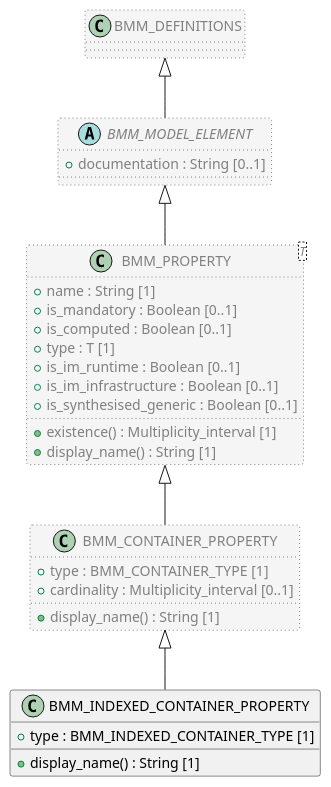
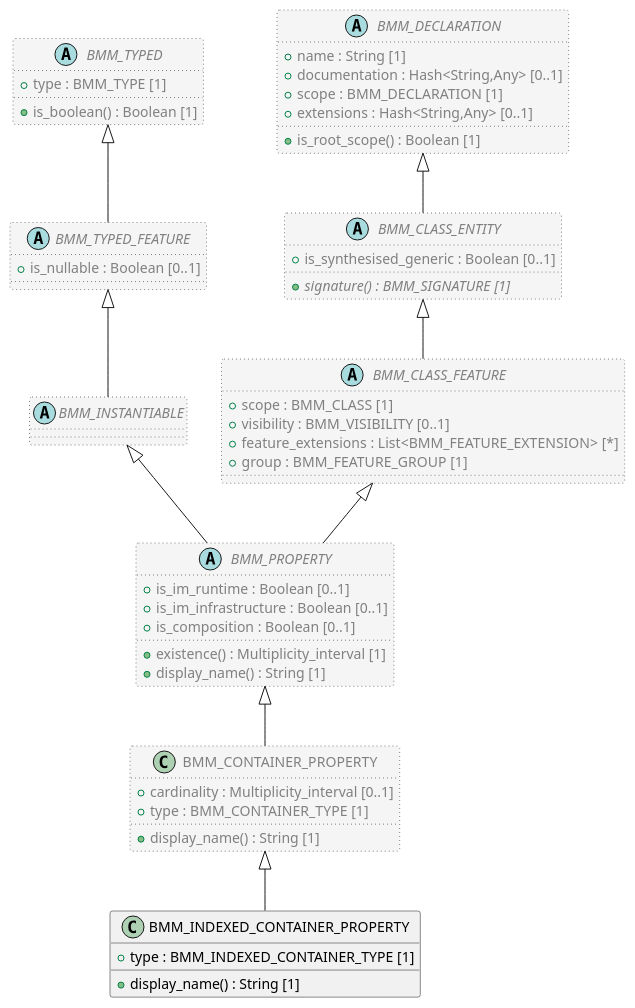
Before and after one commit to sebastian-iancu/code-generator: the diagram in code/Adoc/openehr_lang_1.0.0/plantUML/classes/org.openehr.lang.bmm.bmm_indexed_container_property.adoc, drawn with PlantUML. The commit also changed 719 other files, not shown here.

```diff
--- a/code/Adoc/openehr_lang_1.0.0/plantUML/classes/org.openehr.lang.bmm.bmm_indexed_container_property.adoc
+++ b/code/Adoc/openehr_lang_1.0.0/plantUML/classes/org.openehr.lang.bmm.bmm_indexed_container_property.adoc
@@ -1,45 +1,74 @@
 [plantuml,BMM_INDEXED_CONTAINER_PROPERTY,format=svg,svg-type="inline"]
 -----
 @startuml
 
 class BMM_INDEXED_CONTAINER_PROPERTY {
   + type : BMM_INDEXED_CONTAINER_TYPE [1]
   + display_name() : String [1]
 }
 
 class BMM_CONTAINER_PROPERTY  #whitesmoke;line:gray;line.dotted;text:gray {
+  + cardinality : Multiplicity_interval [0..1]
   + type : BMM_CONTAINER_TYPE [1]
-  + cardinality : Multiplicity_interval [0..1]
   + display_name() : String [1]
 }
 
-class BMM_PROPERTY <T>  #whitesmoke;line:gray;line.dotted;text:gray {
-  + name : String [1]
-  + is_mandatory : Boolean [0..1]
-  + is_computed : Boolean [0..1]
-  + type : T [1]
+abstract class BMM_PROPERTY  #whitesmoke;line:gray;line.dotted;text:gray {
   + is_im_runtime : Boolean [0..1]
   + is_im_infrastructure : Boolean [0..1]
-  + is_synthesised_generic : Boolean [0..1]
+  + is_composition : Boolean [0..1]
   + existence() : Multiplicity_interval [1]
   + display_name() : String [1]
 }
 
-abstract class BMM_MODEL_ELEMENT  #whitesmoke;line:gray;line.dotted;text:gray {
-  + documentation : String [0..1]
+abstract class BMM_INSTANTIABLE  #whitesmoke;line:gray;line.dotted;text:gray {
 }
 
-class BMM_DEFINITIONS  #whitesmoke;line:gray;line.dotted;text:gray {
+abstract class BMM_TYPED_FEATURE  #whitesmoke;line:gray;line.dotted;text:gray {
+  + is_nullable : Boolean [0..1]
 }
 
-BMM_DEFINITIONS <|-- BMM_MODEL_ELEMENT
+abstract class BMM_TYPED  #whitesmoke;line:gray;line.dotted;text:gray {
+  + type : BMM_TYPE [1]
+  + is_boolean() : Boolean [1]
+}
 
-BMM_MODEL_ELEMENT <|-- BMM_PROPERTY
+BMM_TYPED <|-- BMM_TYPED_FEATURE
+
+BMM_TYPED_FEATURE <|-- BMM_INSTANTIABLE
+
+BMM_INSTANTIABLE <|-- BMM_PROPERTY
+
+abstract class BMM_CLASS_FEATURE  #whitesmoke;line:gray;line.dotted;text:gray {
+  + scope : BMM_CLASS [1]
+  + visibility : BMM_VISIBILITY [0..1]
+  + feature_extensions : List<BMM_FEATURE_EXTENSION> [*]
+  + group : BMM_FEATURE_GROUP [1]
+}
+
+abstract class BMM_CLASS_ENTITY  #whitesmoke;line:gray;line.dotted;text:gray {
+  + is_synthesised_generic : Boolean [0..1]
+  + {abstract} signature() : BMM_SIGNATURE [1]
+}
+
+abstract class BMM_DECLARATION  #whitesmoke;line:gray;line.dotted;text:gray {
+  + name : String [1]
+  + documentation : Hash<String,Any> [0..1]
+  + scope : BMM_DECLARATION [1]
+  + extensions : Hash<String,Any> [0..1]
+  + is_root_scope() : Boolean [1]
+}
+
+BMM_DECLARATION <|-- BMM_CLASS_ENTITY
+
+BMM_CLASS_ENTITY <|-- BMM_CLASS_FEATURE
+
+BMM_CLASS_FEATURE <|-- BMM_PROPERTY
 
 BMM_PROPERTY <|-- BMM_CONTAINER_PROPERTY
 
 BMM_CONTAINER_PROPERTY <|-- BMM_INDEXED_CONTAINER_PROPERTY
 
 
 @enduml
 -----
```
